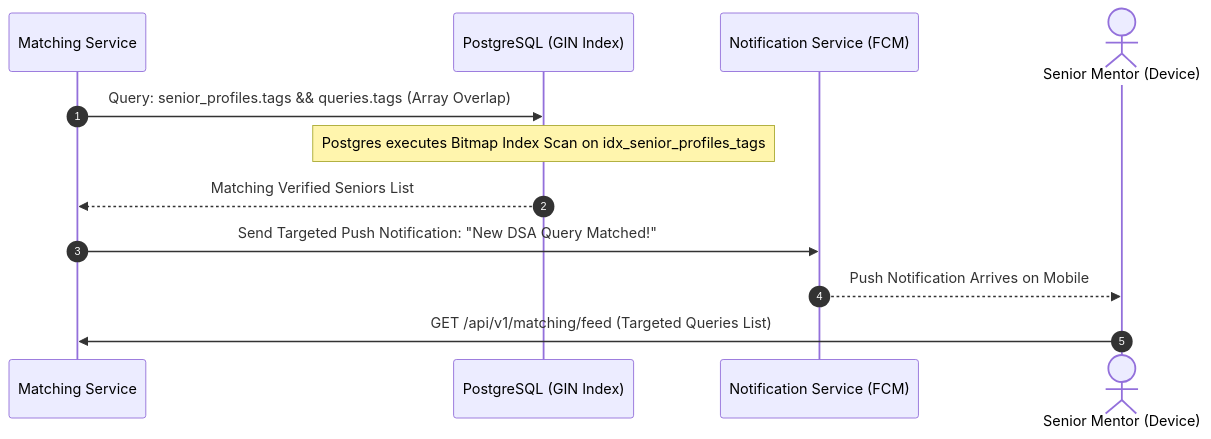
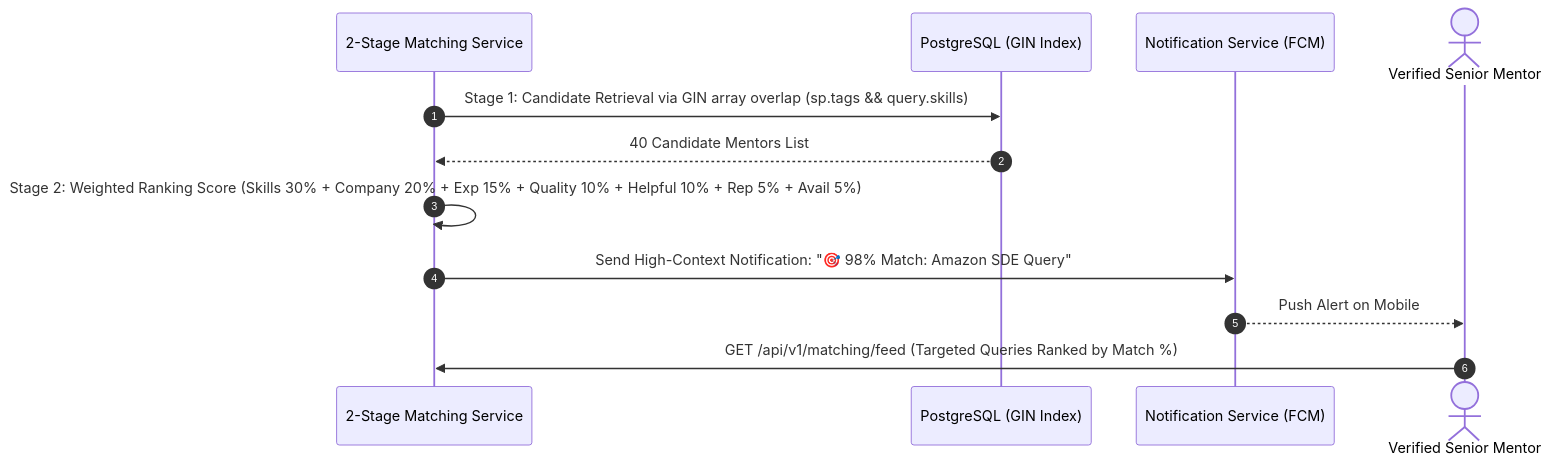
One commit to vaibhavkumar955584-hub/CampusBuddy changed the third of 7 diagrams in PROJECT_FLOW.md. Above: the diagram before and after it, drawn with Mermaid. The commit also changed other lines of this file and 78 other files, not shown here.

Commit message:
feat: scaffold Firebase agent skills and integrate core backend/mobile infrastructure

````diff
--- a/PROJECT_FLOW.md
+++ b/PROJECT_FLOW.md
@@ -82,15 +60,15 @@
 ```mermaid
 sequenceDiagram
     autonumber
-    participant Backend as Matching Service
+    participant MatchingSvc as 2-Stage Matching Service
     participant DB as PostgreSQL (GIN Index)
     participant FCM as Notification Service (FCM)
-    actor Senior as Senior Mentor (Device)
+    actor Senior as Verified Senior Mentor
 
-    Backend->>DB: Query: senior_profiles.tags && queries.tags (Array Overlap)
-    Note over DB: Postgres executes Bitmap Index Scan on idx_senior_profiles_tags
-    DB-->>Backend: Matching Verified Seniors List
-    Backend->>FCM: Send Targeted Push Notification: "New DSA Query Matched!"
-    FCM-->>Senior: Push Notification Arrives on Mobile
-    Senior->>Backend: GET /api/v1/matching/feed (Targeted Queries List)
+    MatchingSvc->>DB: Stage 1: Candidate Retrieval via GIN array overlap (sp.tags && query.skills)
+    DB-->>MatchingSvc: 40 Candidate Mentors List
+    MatchingSvc->>MatchingSvc: Stage 2: Weighted Ranking Score (Skills 30% + Company 20% + Exp 15% + Quality 10% + Helpful 10% + Rep 5% + Avail 5%)
+    MatchingSvc->>FCM: Send High-Context Notification: "🎯 98% Match: Amazon SDE Query"
+    FCM-->>Senior: Push Alert on Mobile
+    Senior->>MatchingSvc: GET /api/v1/matching/feed (Targeted Queries Ranked by Match %)
 ```
````
